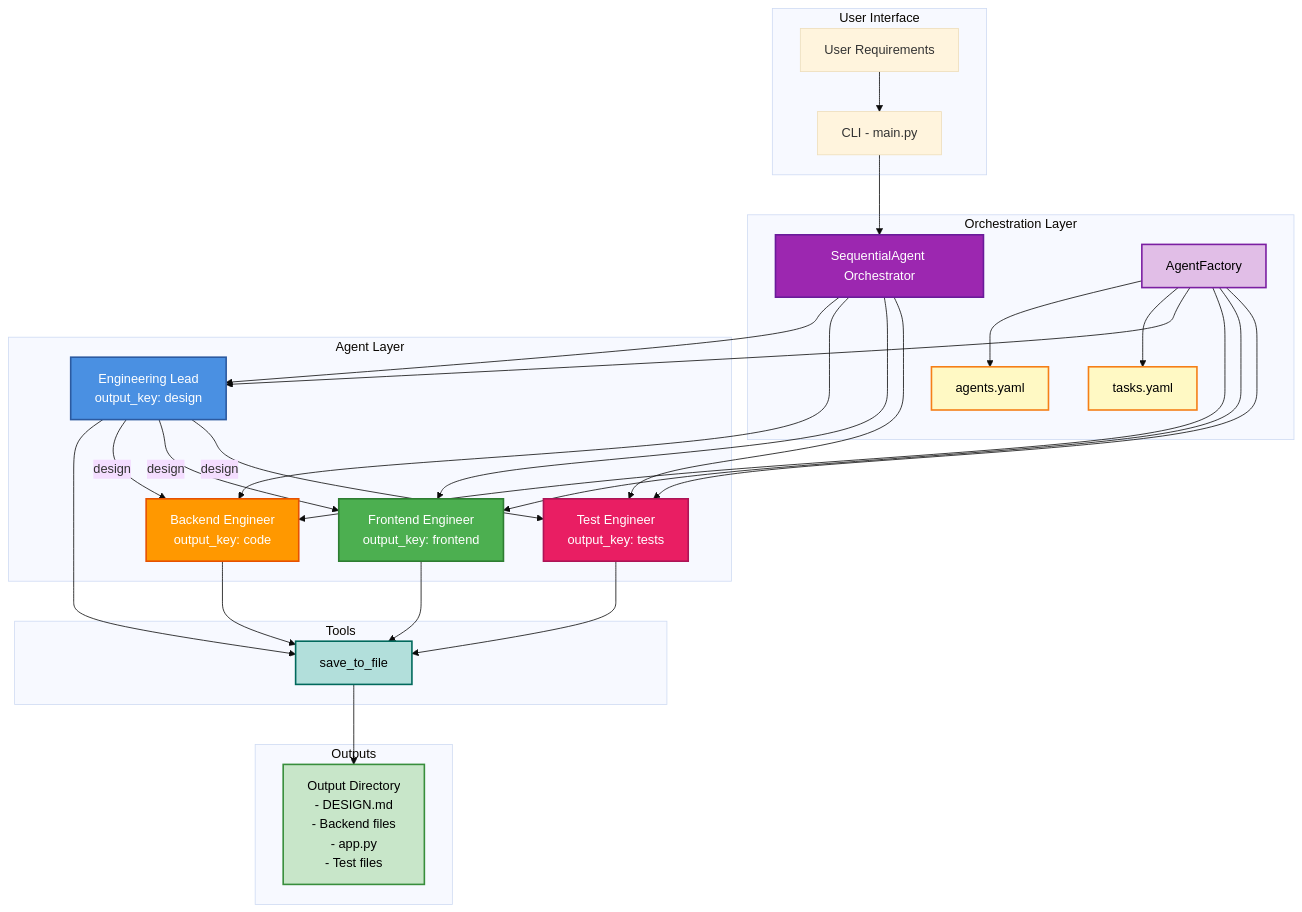
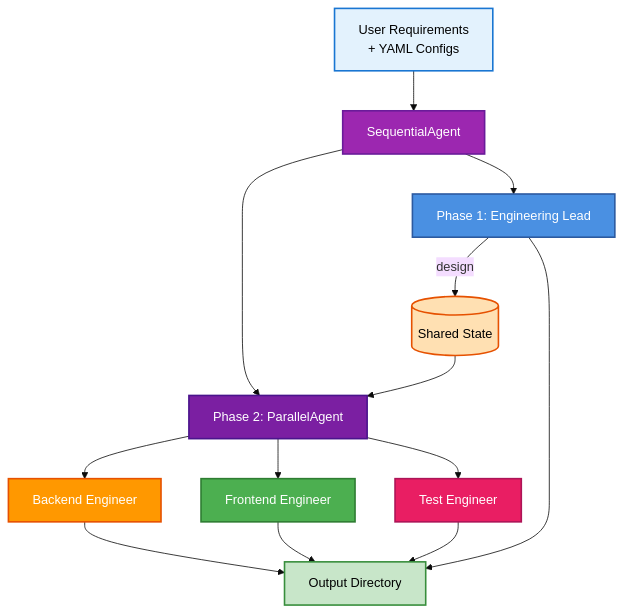
The first of 2 diagrams in README.md (hmunjuluri05/engineering-team), drawn with Mermaid (base theme) before and after one commit. The commit also changed other lines of this file and 1 other file, not shown here.

````diff
--- a/README.md
+++ b/README.md
@@ -36,65 +38,34 @@
 ```mermaid
-graph TB
-    subgraph "User Interface"
-        CLI[CLI - main.py]
-        USER[User Requirements]
-    end
+graph TD
+    %% Input
+    USER[User Requirements<br/>+ YAML Configs] --> SEQ[SequentialAgent]
 
-    subgraph "Orchestration Layer"
-        ORCH[SequentialAgent Orchestrator]
-        FACTORY[AgentFactory]
-        CONFIG_A[agents.yaml]
-        CONFIG_T[tasks.yaml]
-    end
+    %% Phase 1: Design
+    SEQ --> EL[Phase 1: Engineering Lead]
+    EL -->|design| STATE[(Shared State)]
 
-    subgraph "Agent Layer"
-        EL[Engineering Lead<br/>output_key: design]
-        BE[Backend Engineer<br/>output_key: code]
-        FE[Frontend Engineer<br/>output_key: frontend]
-        TE[Test Engineer<br/>output_key: tests]
-    end
+    %% Phase 2: Parallel Implementation
+    SEQ --> PAR[Phase 2: ParallelAgent]
+    STATE --> PAR
 
-    subgraph "Tools"
-        SAVE[save_to_file]
-    end
+    PAR --> BE[Backend Engineer]
+    PAR --> FE[Frontend Engineer]
+    PAR --> TE[Test Engineer]
 
-    subgraph "Outputs"
-        OUT[Output Directory<br/>- DESIGN.md<br/>- Backend files<br/>- app.py<br/>- Test files]
-    end
+    %% Output
+    BE --> OUT[Output Directory]
+    FE --> OUT
+    TE --> OUT
+    EL --> OUT
 
-    USER --> CLI
-    CLI --> ORCH
-    FACTORY --> CONFIG_A
-    FACTORY --> CONFIG_T
-    FACTORY --> EL
-    FACTORY --> BE
-    FACTORY --> FE
-    FACTORY --> TE
-
-    ORCH --> EL
-    ORCH --> BE
-    ORCH --> FE
-    ORCH --> TE
-
-    EL --> SAVE
-    BE --> SAVE
-    FE --> SAVE
-    TE --> SAVE
-
-    EL -->|design| BE
-    EL -->|design| FE
-    EL -->|design| TE
-
-    SAVE --> OUT
-
+    %% Styling
+    style USER fill:#E3F2FD,stroke:#1976D2,stroke-width:2px,color:#000
+    style SEQ fill:#9C27B0,stroke:#6A1B9A,stroke-width:2px,color:#fff
+    style PAR fill:#7B1FA2,stroke:#4A148C,stroke-width:2px,color:#fff
+    style STATE fill:#FFE0B2,stroke:#E65100,stroke-width:2px,color:#000
     style EL fill:#4A90E2,stroke:#2C5AA0,stroke-width:2px,color:#fff
     style BE fill:#FF9800,stroke:#E65100,stroke-width:2px,color:#fff
     style FE fill:#4CAF50,stroke:#2E7D32,stroke-width:2px,color:#fff
     style TE fill:#E91E63,stroke:#AD1457,stroke-width:2px,color:#fff
-    style ORCH fill:#9C27B0,stroke:#6A1B9A,stroke-width:2px,color:#fff
-    style CONFIG_A fill:#FFF9C4,stroke:#F57F17,stroke-width:2px,color:#000
-    style CONFIG_T fill:#FFF9C4,stroke:#F57F17,stroke-width:2px,color:#000
-    style FACTORY fill:#E1BEE7,stroke:#7B1FA2,stroke-width:2px,color:#000
-    style SAVE fill:#B2DFDB,stroke:#00695C,stroke-width:2px,color:#000
     style OUT fill:#C8E6C9,stroke:#388E3C,stroke-width:2px,color:#000
 ```
````
